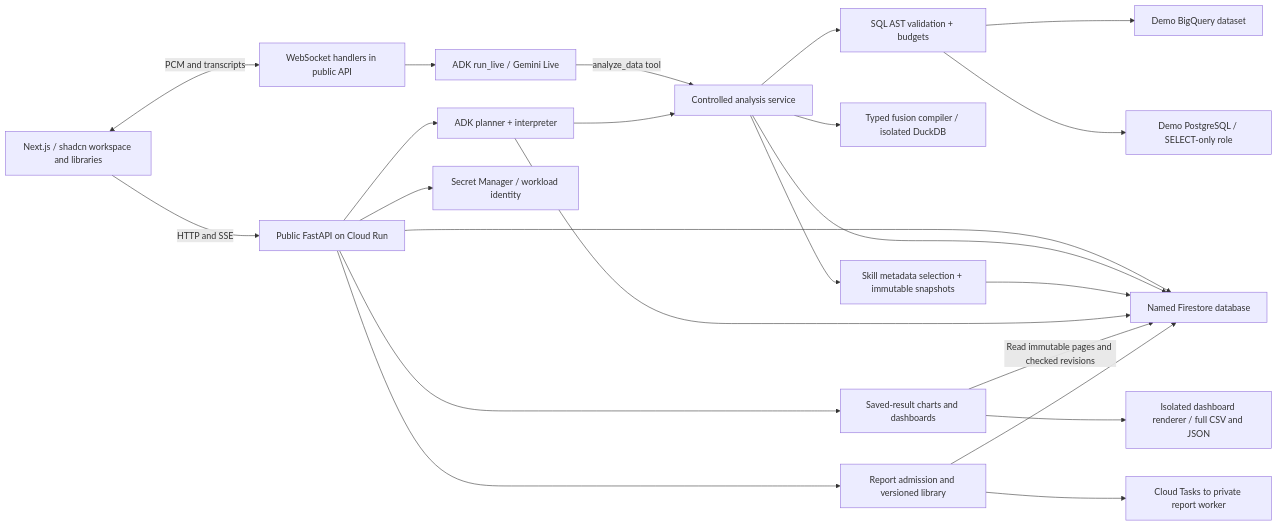
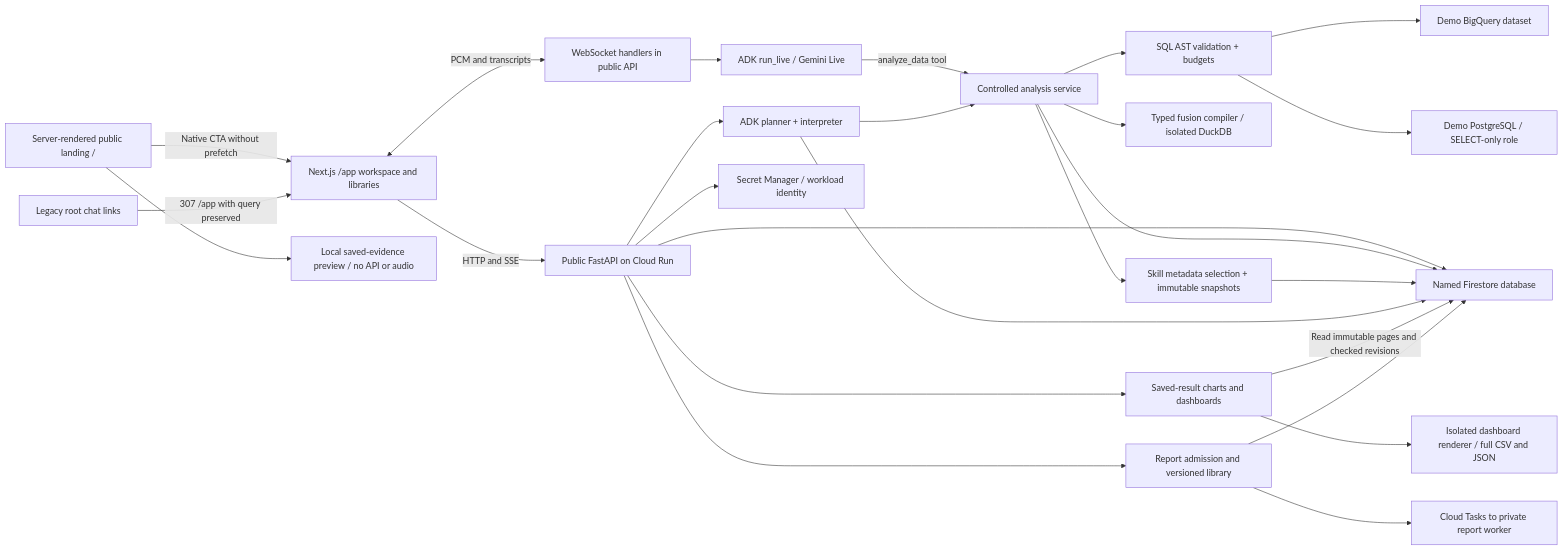
One commit to RusiruChathushanaka/querylane-agentic-bi changed the diagram in docs/graphify/application.mmd. Above: the diagram before and after it, drawn with Mermaid. The commit also changed 41 other files, not shown here.

Commit message:
Add public landing page and dedicated workspace route

```diff
--- a/docs/graphify/application.mmd
+++ b/docs/graphify/application.mmd
@@ -1,23 +1,26 @@
 flowchart LR
-    Browser[Next.js / shadcn workspace and libraries] -->|HTTP and SSE| API[Public FastAPI on Cloud Run]
+    Landing[Server-rendered public landing /] -->|Native CTA without prefetch| Browser[Next.js /app workspace and libraries]
+    Landing --> Preview[Local saved-evidence preview / no API or audio]
+    Legacy[Legacy root chat links] -->|307 /app with query preserved| Browser
+    Browser -->|HTTP and SSE| API[Public FastAPI on Cloud Run]
     Browser <-->|PCM and transcripts| Voice[WebSocket handlers in public API]
     API --> ADK[ADK planner + interpreter]
     Voice --> Live[ADK run_live / Gemini Live]
     Live -->|analyze_data tool| Analysis[Controlled analysis service]
     ADK --> Analysis
     Analysis --> Guard[SQL AST validation + budgets]
     Guard --> BQ[Demo BigQuery dataset]
     Guard --> PG[Demo PostgreSQL / SELECT-only role]
     Analysis --> Fusion[Typed fusion compiler / isolated DuckDB]
     API --> Store[Named Firestore database]
     Analysis --> Store
     Analysis --> Skills[Skill metadata selection + immutable snapshots]
     Skills --> Store
     ADK --> Store
     API --> Saved[Saved-result charts and dashboards]
     Saved -->|Read immutable pages and checked revisions| Store
     Saved --> Export[Isolated dashboard renderer / full CSV and JSON]
     API --> Reports[Report admission and versioned library]
     Reports --> Store
     Reports --> Dispatch[Cloud Tasks to private report worker]
     API --> Secrets[Secret Manager / workload identity]
```
